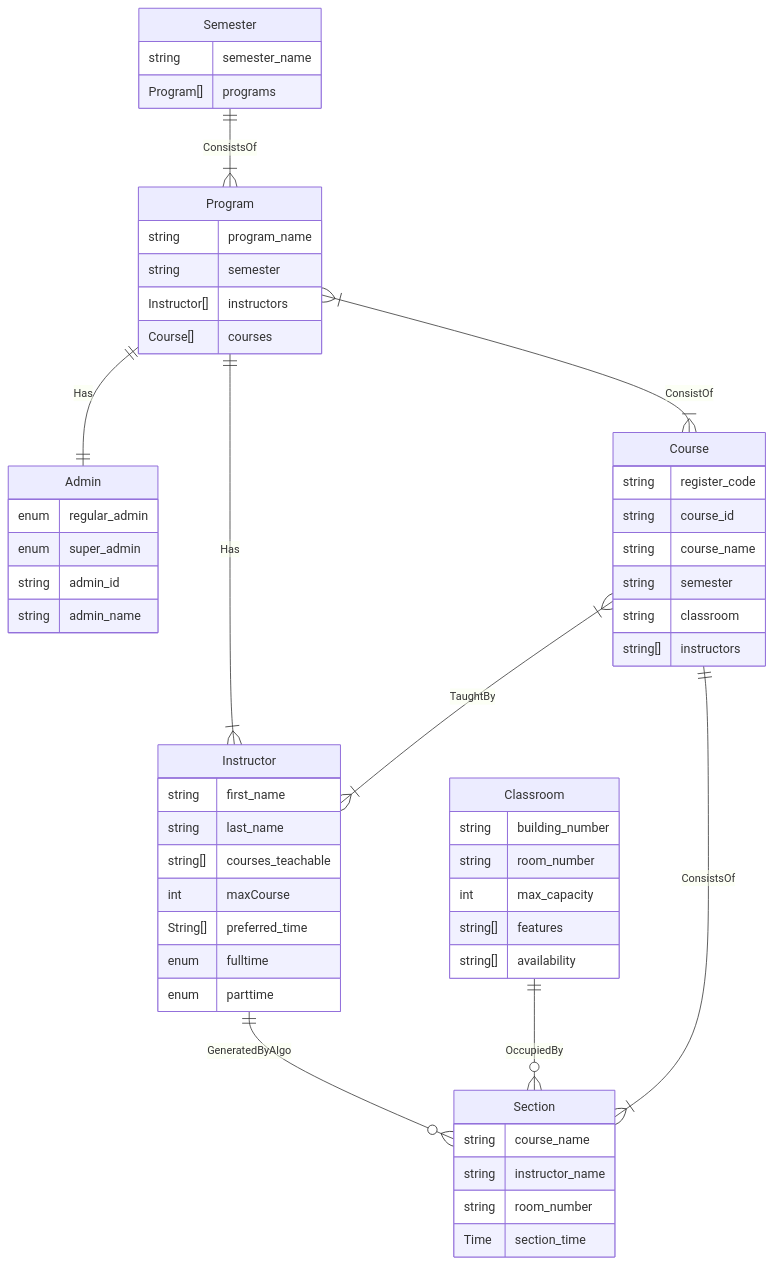
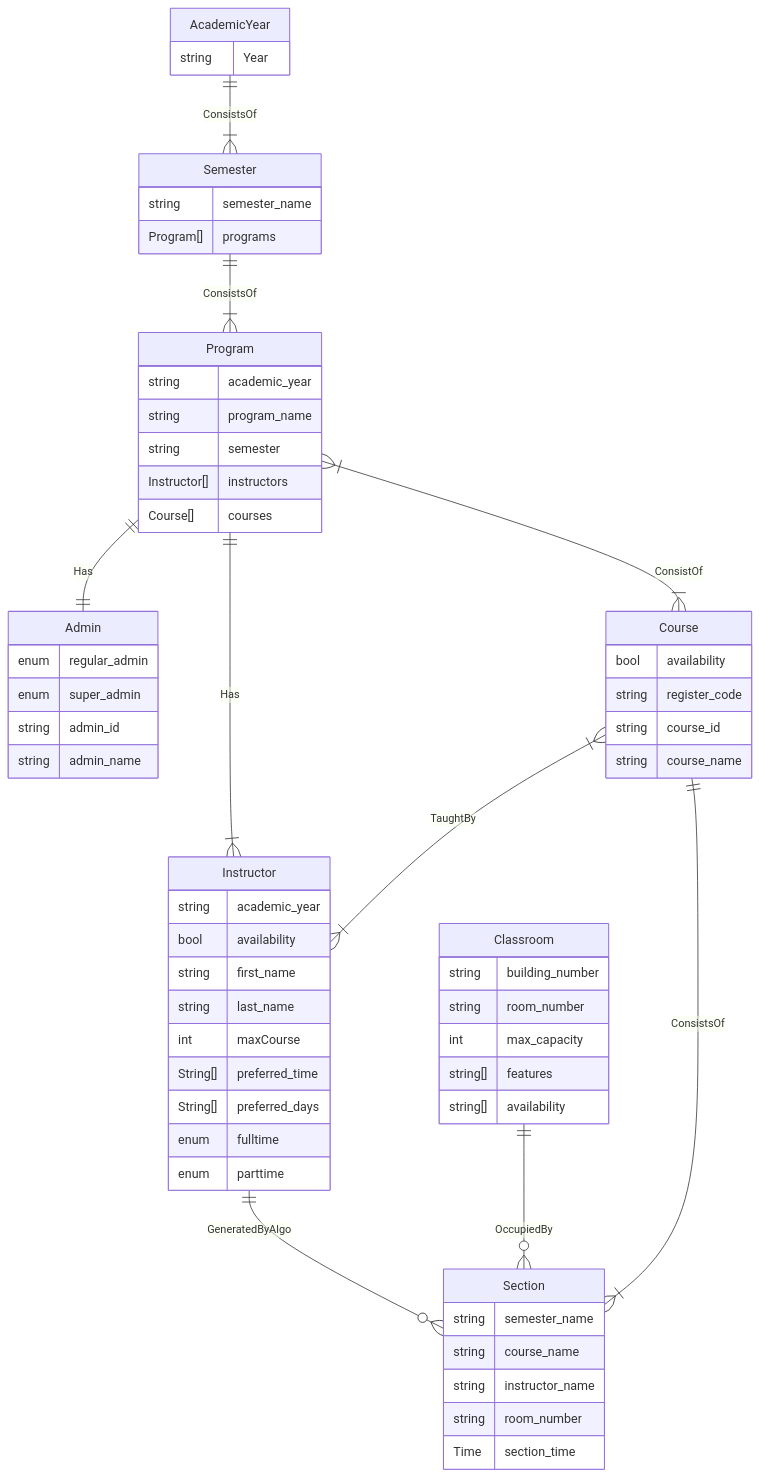
One commit to BiTheDev/Course_Planning changed the diagram in README.md. Above: the diagram before and after it, drawn with Mermaid.

````diff
--- a/README.md
+++ b/README.md
@@ -40,67 +40,78 @@
 ```mermaid
 erDiagram
-    Semester ||--|{ Program: ConsistsOf 
+    AcademicYear{
+        string Year
+    }
+    AcademicYear || -- |{ Semester: ConsistsOf
+
+    Semester ||--|{ Program: ConsistsOf
+
     Semester {
         string  semester_name
         Program[] programs
     }
 
     Program {
+        string academic_year
         string program_name
         string semester
         Instructor[] instructors
         Course[] courses
+        
     }
 
     Admin {
         enum regular_admin
         enum super_admin
         string admin_id
         string admin_name
     }
 
     Instructor {
+        string academic_year
+        bool availability
         string first_name
         string last_name
-        string[] courses_teachable
         int maxCourse
         String[] preferred_time
+        String[] preferred_days
         enum fulltime
         enum parttime
     }
+
     Program ||--|| Admin: Has
     Program ||--|{ Instructor: Has
     Program }|--|{ Course: ConsistOf
 
     Course {
+        bool availability
         string register_code
         string course_id
         string course_name
-        string semester
-        string classroom
-        string[] instructors
     }
 
     Course }|--|{ Instructor: TaughtBy
 
     Classroom{
         string building_number
         string room_number
         int max_capacity
         string[] features
         string[] availability
 
     } 
     Classroom ||--o{ Section: OccupiedBy
 
     Section {
+        string semester_name
         string course_name
         string instructor_name
         string room_number
         Time section_time
+
     }
     Course||--|{ Section: ConsistsOf 
 
     Instructor ||--o{ Section: GeneratedByAlgo
 
 ```
````
